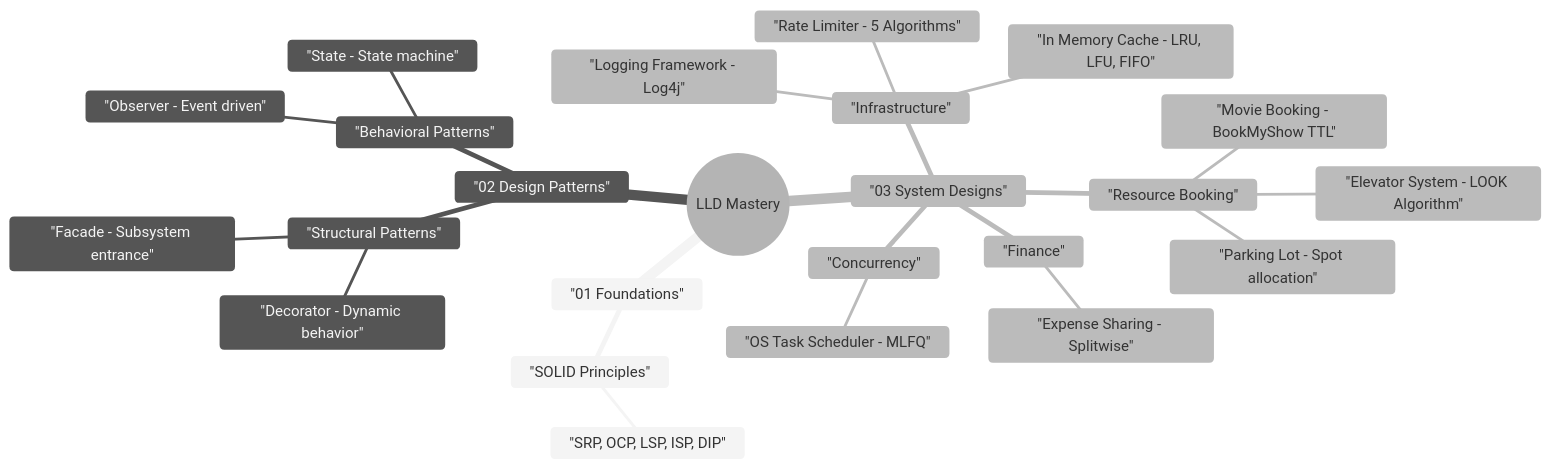
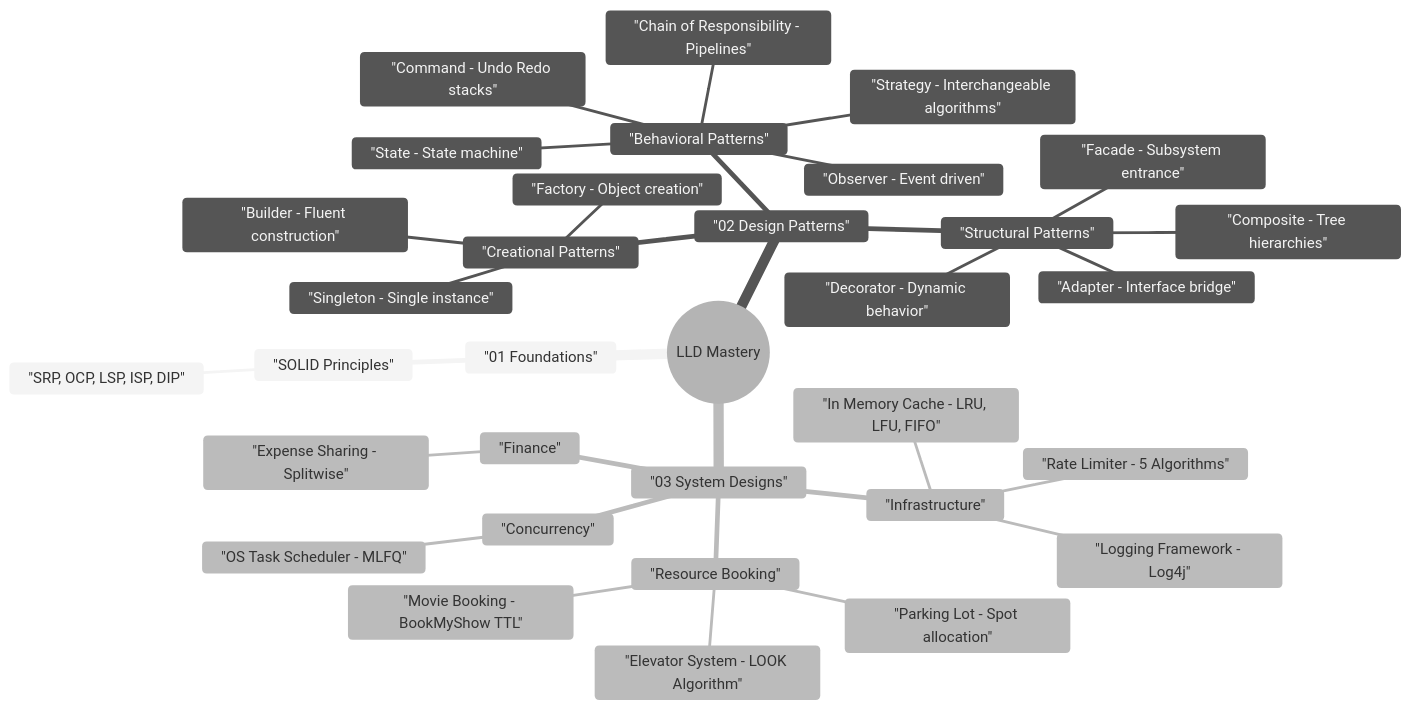
Before and after one commit to chauhankartik/private-2026: the diagram in lld/README.md, drawn with Mermaid (neutral theme). The commit also changed other lines of this file and 17 other files, not shown here.

Commit message:
Add missing essential design patterns (Singleton, Factory, Builder, Adapter, Composite, Strategy, Chain of Responsibility, Command)

````diff
--- a/lld/README.md
+++ b/lld/README.md
@@ -9,27 +9,36 @@
 ```mermaid
 mindmap
   root(("LLD Mastery"))
     "01 Foundations"
       "SOLID Principles"
         "SRP, OCP, LSP, ISP, DIP"
     "02 Design Patterns"
+      "Creational Patterns"
+        "Singleton - Single instance"
+        "Factory - Object creation"
+        "Builder - Fluent construction"
       "Structural Patterns"
         "Decorator - Dynamic behavior"
         "Facade - Subsystem entrance"
+        "Adapter - Interface bridge"
+        "Composite - Tree hierarchies"
       "Behavioral Patterns"
         "Observer - Event driven"
         "State - State machine"
+        "Strategy - Interchangeable algorithms"
+        "Chain of Responsibility - Pipelines"
+        "Command - Undo Redo stacks"
     "03 System Designs"
       "Infrastructure"
         "Logging Framework - Log4j"
         "In Memory Cache - LRU, LFU, FIFO"
         "Rate Limiter - 5 Algorithms"
       "Resource Booking"
         "Parking Lot - Spot allocation"
         "Movie Booking - BookMyShow TTL"
         "Elevator System - LOOK Algorithm"
       "Finance"
         "Expense Sharing - Splitwise"
       "Concurrency"
         "OS Task Scheduler - MLFQ"
 ```
````
